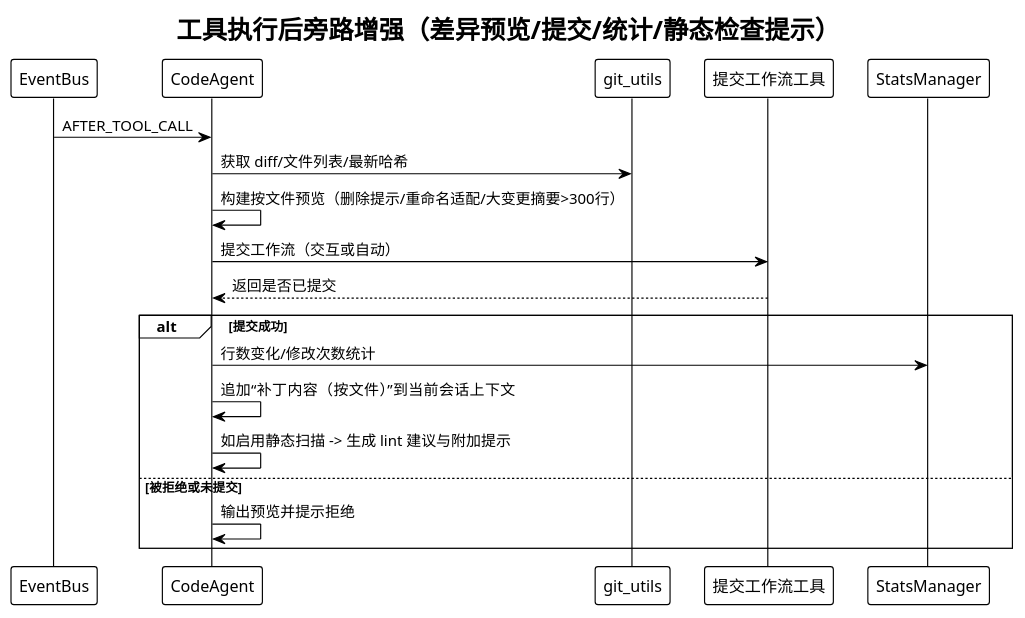
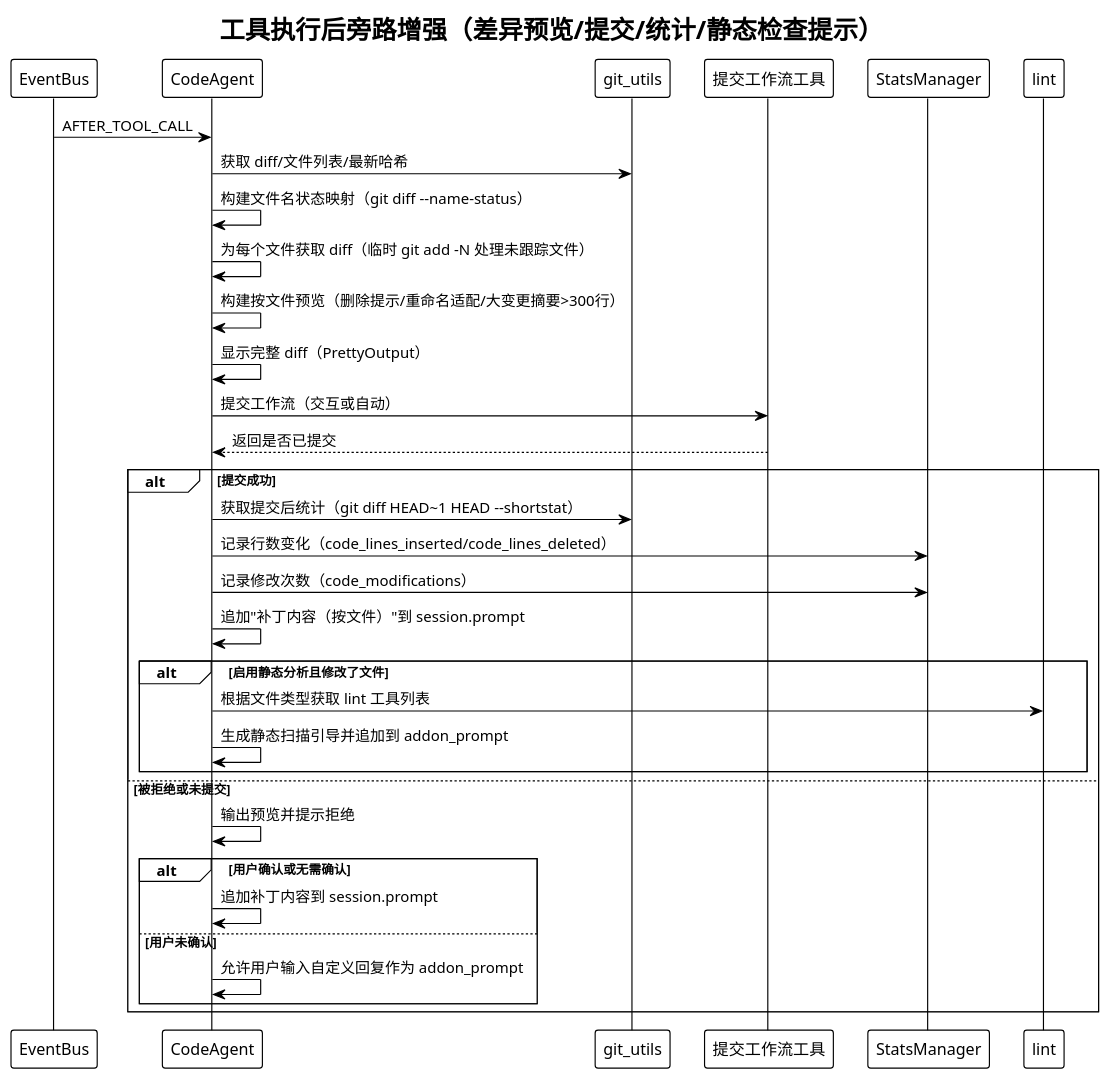
Before and after one commit to skyfireitdiy/Jarvis: diagram 26 of 60 in 技术报告.md, drawn with PlantUML. The commit also changed other lines of this file, not shown here.

First line of the commit message:
docs(code_agent): 重构并完善 CodeAgent 文档结构与内容

````diff
--- a/技术报告.md
+++ b/技术报告.md
@@ -1520,27 +1596,41 @@
 ```plantuml
 @startuml
 !theme plain
 title 工具执行后旁路增强（差异预览/提交/统计/静态检查提示）
 
 participant "EventBus" as Bus
 participant "CodeAgent" as CA
 participant "git_utils" as Git
 participant "提交工作流工具" as GCT
 participant "StatsManager" as Stats
+participant "lint" as Lint
 
 Bus -> CA: AFTER_TOOL_CALL
 
 CA -> Git: 获取 diff/文件列表/最新哈希
+CA -> CA: 构建文件名状态映射（git diff --name-status）
+CA -> CA: 为每个文件获取 diff（临时 git add -N 处理未跟踪文件）
 CA -> CA: 构建按文件预览（删除提示/重命名适配/大变更摘要>300行）
+CA -> CA: 显示完整 diff（PrettyOutput）
 CA -> GCT: 提交工作流（交互或自动）
 GCT --> CA: 返回是否已提交
 
 alt 提交成功
-  CA -> Stats: 行数变化/修改次数统计
-  CA -> CA: 追加“补丁内容（按文件）”到当前会话上下文
-  CA -> CA: 如启用静态扫描 -> 生成 lint 建议与附加提示
+  CA -> Git: 获取提交后统计（git diff HEAD~1 HEAD --shortstat）
+  CA -> Stats: 记录行数变化（code_lines_inserted/code_lines_deleted）
+  CA -> Stats: 记录修改次数（code_modifications）
+  CA -> CA: 追加"补丁内容（按文件）"到 session.prompt
+  alt 启用静态分析且修改了文件
+    CA -> Lint: 根据文件类型获取 lint 工具列表
+    CA -> CA: 生成静态扫描引导并追加到 addon_prompt
+  end
 else 被拒绝或未提交
   CA -> CA: 输出预览并提示拒绝
+  alt 用户确认或无需确认
+    CA -> CA: 追加补丁内容到 session.prompt
+  else 用户未确认
+    CA -> CA: 允许用户输入自定义回复作为 addon_prompt
+  end
 end
 @enduml
 ```
````
